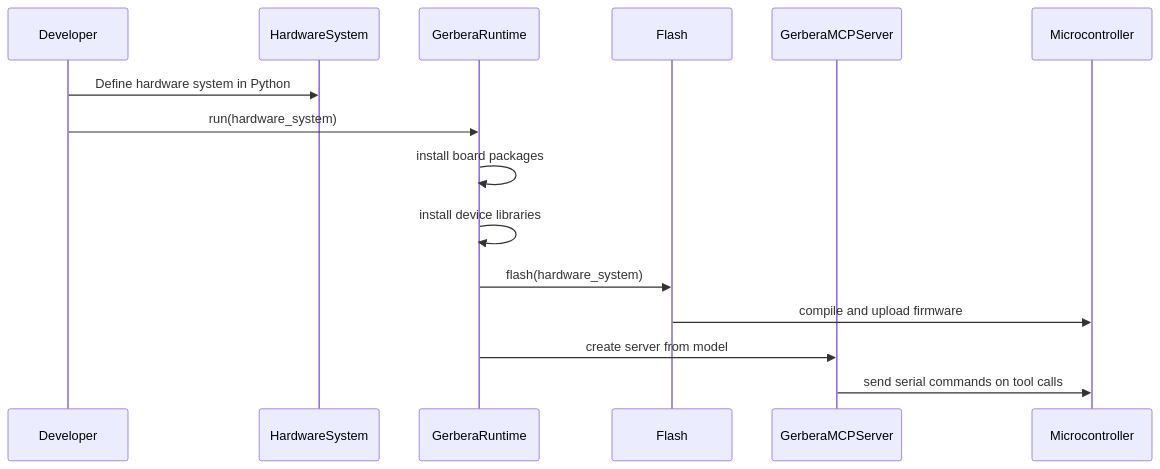
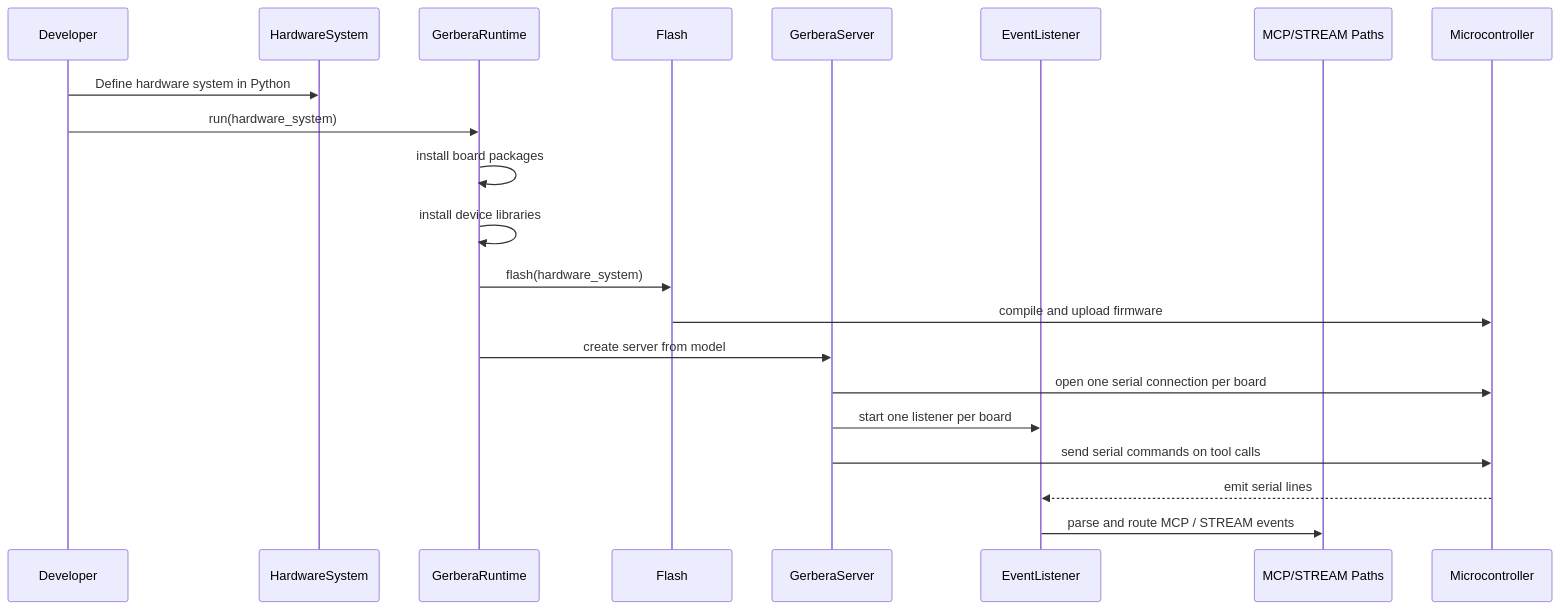
The third of 3 diagrams in README.md (BaronLiu1993/gerbera), drawn with Mermaid before and after one commit. The commit also changed other lines of this file and 5 other files, not shown here.

````diff
--- a/README.md
+++ b/README.md
@@ -283,18 +382,24 @@
 ```mermaid
 sequenceDiagram
     participant Dev as Developer
     participant Model as HardwareSystem
     participant Runtime as GerberaRuntime
     participant Flash as Flash
-    participant MCP as GerberaMCPServer
+    participant Server as GerberaServer
+    participant Listener as EventListener
+    participant Bus as MCP/STREAM Paths
     participant Board as Microcontroller
 
     Dev->>Model: Define hardware system in Python
     Dev->>Runtime: run(hardware_system)
     Runtime->>Runtime: install board packages
     Runtime->>Runtime: install device libraries
     Runtime->>Flash: flash(hardware_system)
     Flash->>Board: compile and upload firmware
-    Runtime->>MCP: create server from model
-    MCP->>Board: send serial commands on tool calls
+    Runtime->>Server: create server from model
+    Server->>Board: open one serial connection per board
+    Server->>Listener: start one listener per board
+    Server->>Board: send serial commands on tool calls
+    Board-->>Listener: emit serial lines
+    Listener->>Bus: parse and route MCP / STREAM events
 ```
````
